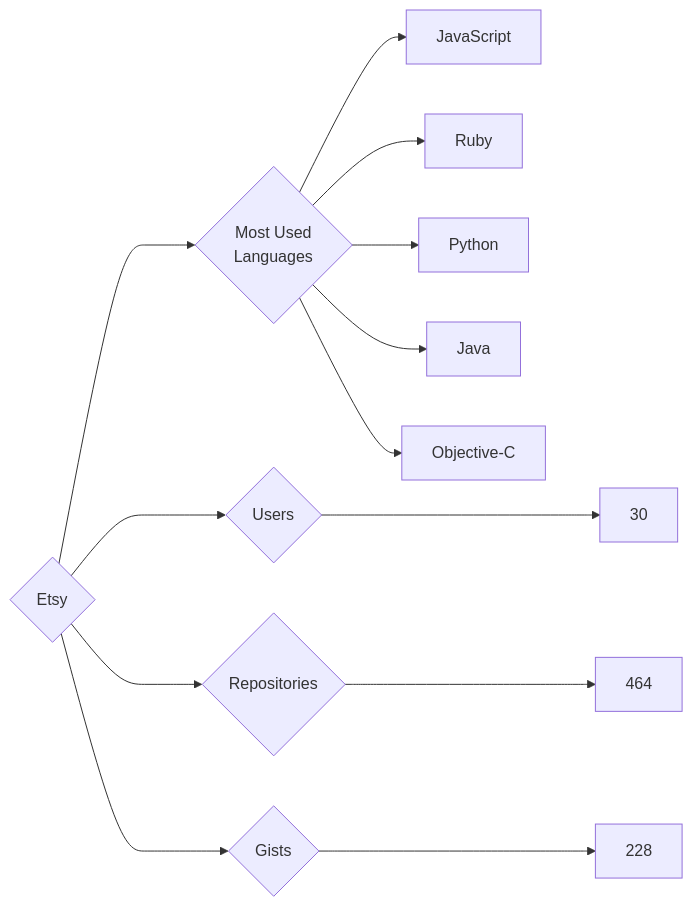
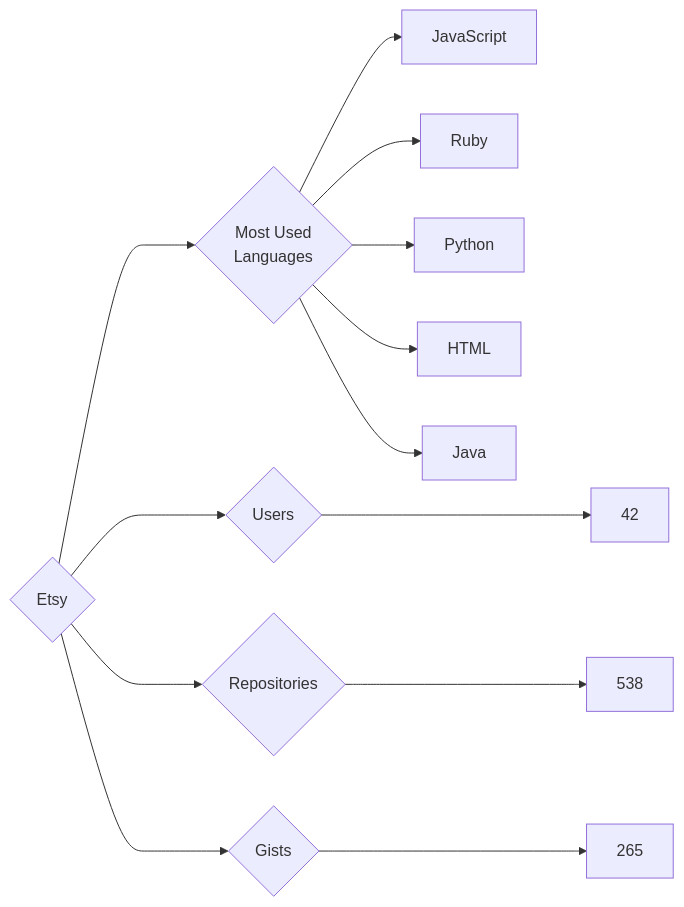
The diagram in targets/Etsy/README.md (trickest/insiders), drawn with Mermaid before and after one commit. The commit also changed 823 other files, not shown here.

````diff
--- a/targets/Etsy/README.md
+++ b/targets/Etsy/README.md
@@ -3,13 +3,13 @@
 ```mermaid
 graph LR
 COMPANY_NAME{Etsy}
-COMPANY_NAME ---> U{Users} ---> UN[30]
-COMPANY_NAME ---> R{Repositories} ---> RN[464]
-COMPANY_NAME ---> G{Gists} ---> GN[228]
+COMPANY_NAME ---> U{Users} ---> UN[42]
+COMPANY_NAME ---> R{Repositories} ---> RN[538]
+COMPANY_NAME ---> G{Gists} ---> GN[265]
 COMPANY_NAME ---> ML{Most Used<br>Languages}
 ML --> JavaScript[JavaScript]
 ML --> Ruby[Ruby]
 ML --> Python[Python]
+ML --> HTML[HTML]
 ML --> Java[Java]
-ML --> Objective-C[Objective-C]
 ```
````
